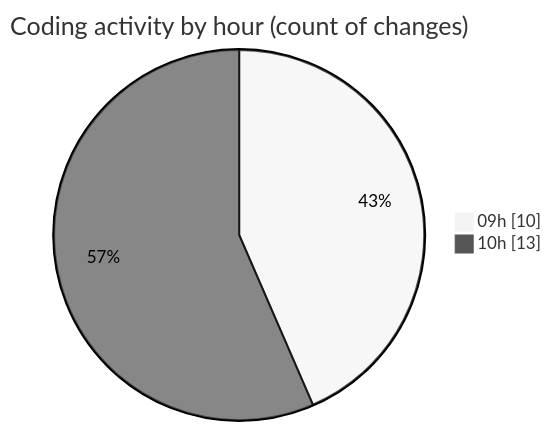
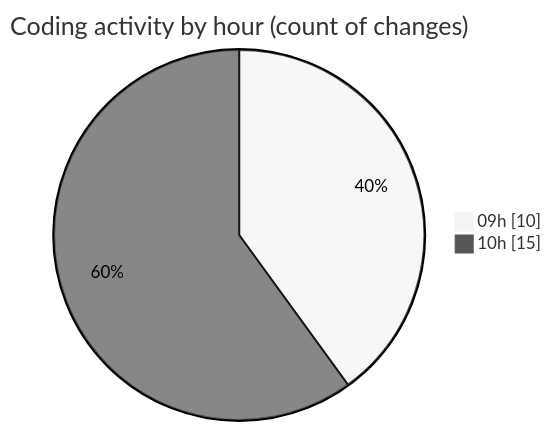
Before and after one commit to nxtqubesakshisongat/code-tracking: the second of 2 diagrams in 2026-04-06/airfeed-analytics-dashboard/README.md, drawn with Mermaid (neutral theme). The commit also changed other lines of this file and 1 other file, not shown here.

````diff
--- a/2026-04-06/airfeed-analytics-dashboard/README.md
+++ b/2026-04-06/airfeed-analytics-dashboard/README.md
@@ -38,6 +38,6 @@
 ```mermaid
 pie showData
 title Coding activity by hour (count of changes)
 "09h" : 10
-"10h" : 13
+"10h" : 15
 ```
````
